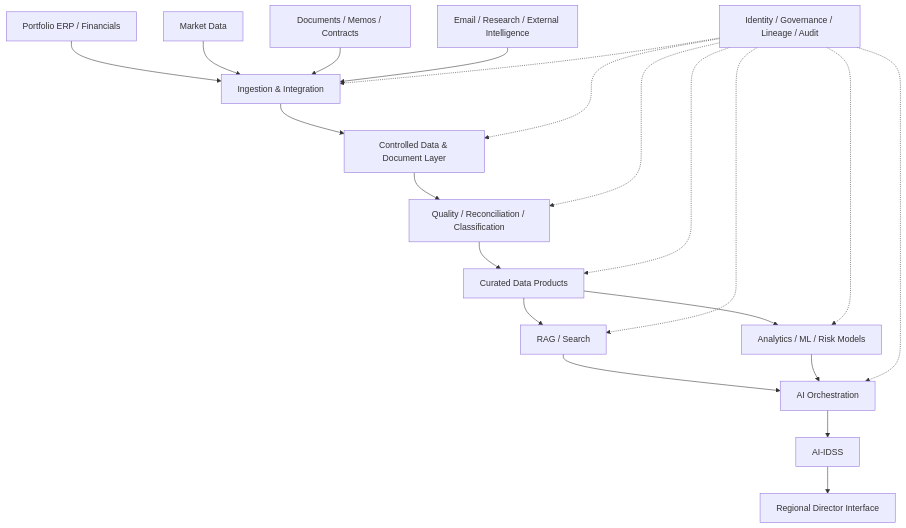
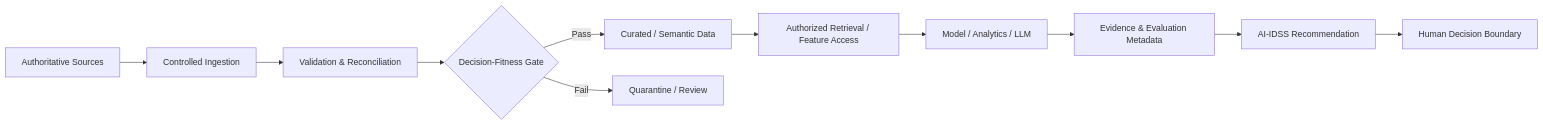
Before and after one commit to huda-salam/ai-architecture-advisor-book: the third of 3 diagrams in docs/chapters/12-enterprise-data-architecture.md, drawn with Mermaid. The commit also changed other lines of this file, not shown here.

Commit message:
Harden Chapter 12 data architecture foundations

````diff
--- a/docs/chapters/12-enterprise-data-architecture.md
+++ b/docs/chapters/12-enterprise-data-architecture.md
@@ -561,25 +562,13 @@
 ```mermaid
-flowchart TD
-    A[Portfolio ERP / Financials] --> I[Ingestion & Integration]
-    B[Market Data] --> I
-    C[Documents / Memos / Contracts] --> I
-    D[Email / Research / External Intelligence] --> I
-
-    I --> L[Controlled Data & Document Layer]
-    L --> Q[Quality / Reconciliation / Classification]
-    Q --> P[Curated Data Products]
-    P --> R[RAG / Search]
-    P --> M[Analytics / ML / Risk Models]
-    R --> X[AI Orchestration]
-    M --> X
-    X --> Y[AI-IDSS]
-    Y --> Z[Regional Director Interface]
-
-    G[Identity / Governance / Lineage / Audit] -.-> I
-    G -.-> L
-    G -.-> Q
-    G -.-> P
-    G -.-> R
-    G -.-> M
-    G -.-> X
+flowchart LR
+    S[Authoritative Sources] --> I[Controlled Ingestion]
+    I --> V[Validation & Reconciliation]
+    V --> Q{Decision-Fitness Gate}
+    Q -->|Pass| D[Curated / Semantic Data]
+    Q -->|Fail| X[Quarantine / Review]
+    D --> Z[Authorized Retrieval / Feature Access]
+    Z --> M[Model / Analytics / LLM]
+    M --> E[Evidence & Evaluation Metadata]
+    E --> R[AI-IDSS Recommendation]
+    R --> H[Human Decision Boundary]
 ```
````
